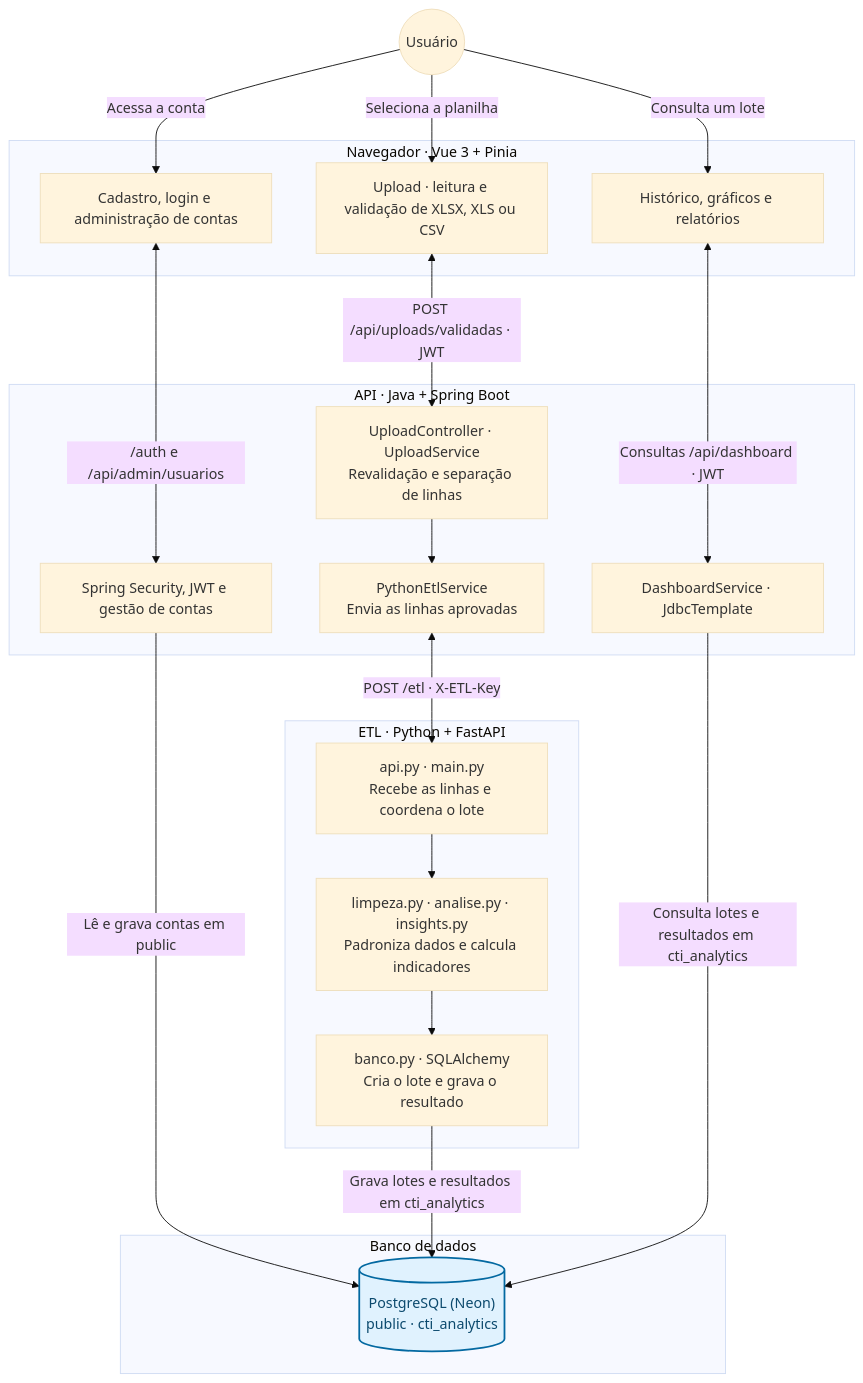
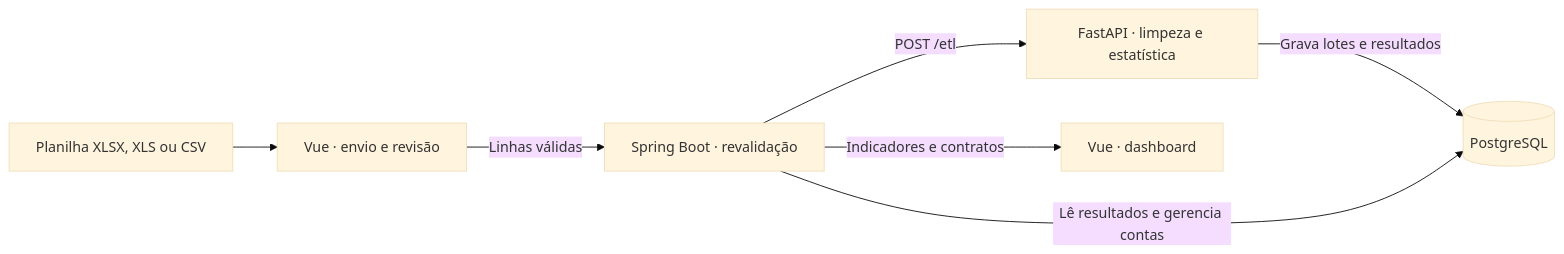
Before and after one commit to recheraphael-Re/CTI_SENAI: the diagram in README.md, drawn with Mermaid (base theme). The commit also changed other lines of this file and 183 other files, not shown here.

Commit message:
gitiDiagramProf

````diff
--- a/README.md
+++ b/README.md
@@ -11,43 +7,9 @@
 ```mermaid
-flowchart TB
-    Usuario(("Usuário"))
-
-    subgraph Vue["Navegador · Vue 3 + Pinia"]
-        Sessao["Cadastro, login e administração de contas"]
-        Planilha["Upload · leitura e validação de XLSX, XLS ou CSV"]
-        Painel["Histórico, gráficos e relatórios"]
-    end
-
-    subgraph Java["API · Java + Spring Boot"]
-        Auth["Spring Security, JWT e gestão de contas"]
-        Validacao["UploadController · UploadService<br/>Revalidação e separação de linhas"]
-        ClienteETL["PythonEtlService<br/>Envia as linhas aprovadas"]
-        Dashboard["DashboardService · JdbcTemplate"]
-    end
-
-    subgraph Python["ETL · Python + FastAPI"]
-        Etl["api.py · main.py<br/>Recebe as linhas e coordena o lote"]
-        Analise["limpeza.py · analise.py · insights.py<br/>Padroniza dados e calcula indicadores"]
-        Gravacao["banco.py · SQLAlchemy<br/>Cria o lote e grava o resultado"]
-    end
-
-    subgraph Dados["Banco de dados"]
-        Banco[("PostgreSQL (Neon)<br/>public · cti_analytics")]
-    end
-
-    Usuario -->|"Acessa a conta"| Sessao
-    Usuario -->|"Seleciona a planilha"| Planilha
-    Usuario -->|"Consulta um lote"| Painel
-    Sessao <-->|"/auth e /api/admin/usuarios"| Auth
-    Planilha <-->|"POST /api/uploads/validadas · JWT"| Validacao
-    Painel <-->|"Consultas /api/dashboard · JWT"| Dashboard
-    Validacao --> ClienteETL
-    ClienteETL <-->|"POST /etl · X-ETL-Key"| Etl
-    Etl --> Analise --> Gravacao
-    Auth -->|"Lê e grava contas em public"| Banco
-    Gravacao -->|"Grava lotes e resultados em cti_analytics"| Banco
-    Dashboard -->|"Consulta lotes e resultados em cti_analytics"| Banco
-
-    classDef banco fill:#e0f2fe,stroke:#0369a1,stroke-width:2px,color:#0c4a6e
-    class Banco banco
+flowchart LR
+    Planilha["Planilha XLSX, XLS ou CSV"] --> Vue["Vue · envio e revisão"]
+    Vue -->|"Linhas válidas"| Java["Spring Boot · revalidação"]
+    Java -->|"POST /etl"| Python["FastAPI · limpeza e estatística"]
+    Python -->|"Grava lotes e resultados"| Postgres[("PostgreSQL")]
+    Java -->|"Lê resultados e gerencia contas"| Postgres
+    Java -->|"Indicadores e contratos"| Dashboard["Vue · dashboard"]
 ```
````
